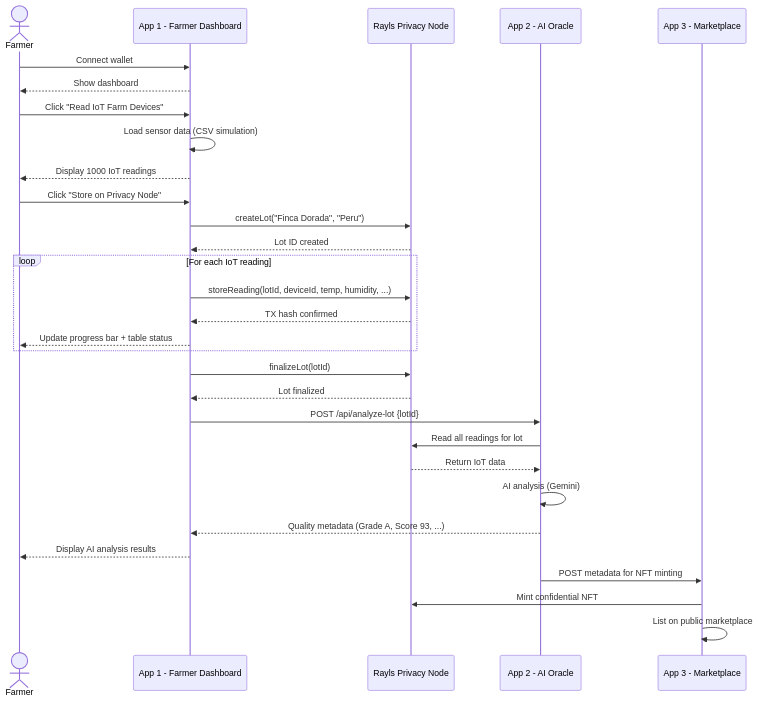
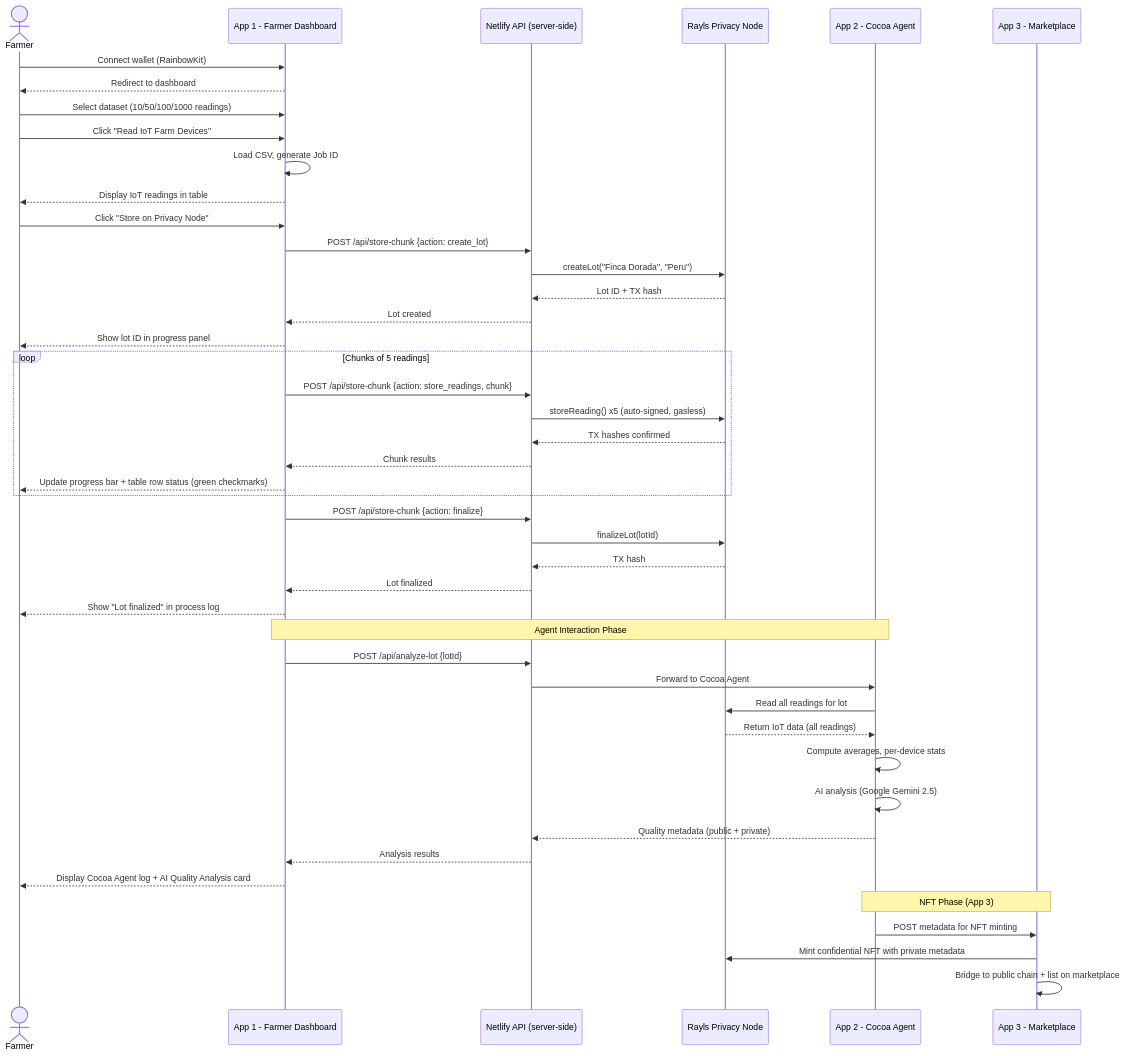
Before and after one commit to JulioMCruz/Cocoa-Ledger: the fourth of 6 diagrams in README.md, drawn with Mermaid. The commit also changed other lines of this file, not shown here.

Commit message:
update architecture diagram with chunked store and netlify proxy (#19)

````diff
--- a/README.md
+++ b/README.md
@@ -218,39 +219,54 @@
 ```mermaid
 sequenceDiagram
     actor Farmer
     participant App as App 1 - Farmer Dashboard
+    participant API as Netlify API (server-side)
     participant PN as Rayls Privacy Node
-    participant Agent as App 2 - AI Oracle
+    participant Agent as App 2 - Cocoa Agent
     participant Market as App 3 - Marketplace
 
-    Farmer->>App: Connect wallet
-    App-->>Farmer: Show dashboard
+    Farmer->>App: Connect wallet (RainbowKit)
+    App-->>Farmer: Redirect to dashboard
 
+    Farmer->>App: Select dataset (10/50/100/1000 readings)
     Farmer->>App: Click "Read IoT Farm Devices"
-    App->>App: Load sensor data (CSV simulation)
-    App-->>Farmer: Display 1000 IoT readings
+    App->>App: Load CSV, generate Job ID
+    App-->>Farmer: Display IoT readings in table
 
     Farmer->>App: Click "Store on Privacy Node"
-    App->>PN: createLot("Finca Dorada", "Peru")
-    PN-->>App: Lot ID created
+    App->>API: POST /api/store-chunk {action: create_lot}
+    API->>PN: createLot("Finca Dorada", "Peru")
+    PN-->>API: Lot ID + TX hash
+    API-->>App: Lot created
+    App-->>Farmer: Show lot ID in progress panel
 
-    loop For each IoT reading
-        App->>PN: storeReading(lotId, deviceId, temp, humidity, ...)
-        PN-->>App: TX hash confirmed
-        App-->>Farmer: Update progress bar + table status
+    loop Chunks of 5 readings
+        App->>API: POST /api/store-chunk {action: store_readings, chunk}
+        API->>PN: storeReading() x5 (auto-signed, gasless)
+        PN-->>API: TX hashes confirmed
+        API-->>App: Chunk results
+        App-->>Farmer: Update progress bar + table row status (green checkmarks)
     end
 
-    App->>PN: finalizeLot(lotId)
-    PN-->>App: Lot finalized
+    App->>API: POST /api/store-chunk {action: finalize}
+    API->>PN: finalizeLot(lotId)
+    PN-->>API: TX hash
+    API-->>App: Lot finalized
+    App-->>Farmer: Show "Lot finalized" in process log
 
-    App->>Agent: POST /api/analyze-lot {lotId}
+    Note over App,Agent: Agent Interaction Phase
+    App->>API: POST /api/analyze-lot {lotId}
+    API->>Agent: Forward to Cocoa Agent
     Agent->>PN: Read all readings for lot
-    PN-->>Agent: Return IoT data
-    Agent->>Agent: AI analysis (Gemini)
-    Agent-->>App: Quality metadata (Grade A, Score 93, ...)
-    App-->>Farmer: Display AI analysis results
+    PN-->>Agent: Return IoT data (all readings)
+    Agent->>Agent: Compute averages, per-device stats
+    Agent->>Agent: AI analysis (Google Gemini 2.5)
+    Agent-->>API: Quality metadata (public + private)
+    API-->>App: Analysis results
+    App-->>Farmer: Display Cocoa Agent log + AI Quality Analysis card
 
+    Note over Agent,Market: NFT Phase (App 3)
     Agent->>Market: POST metadata for NFT minting
-    Market->>PN: Mint confidential NFT
-    Market->>Market: List on public marketplace
+    Market->>PN: Mint confidential NFT with private metadata
+    Market->>Market: Bridge to public chain + list on marketplace
 ```
````
